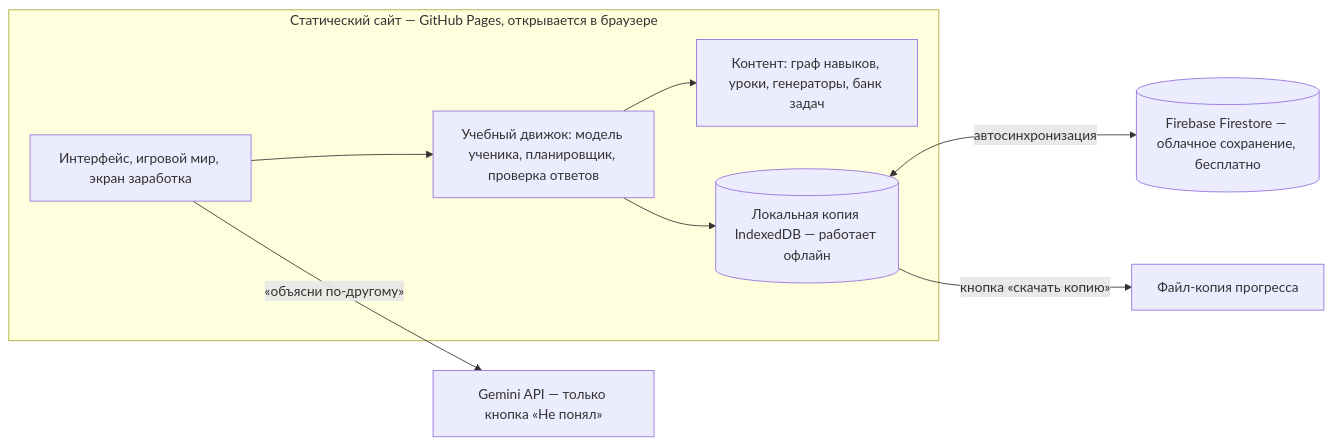
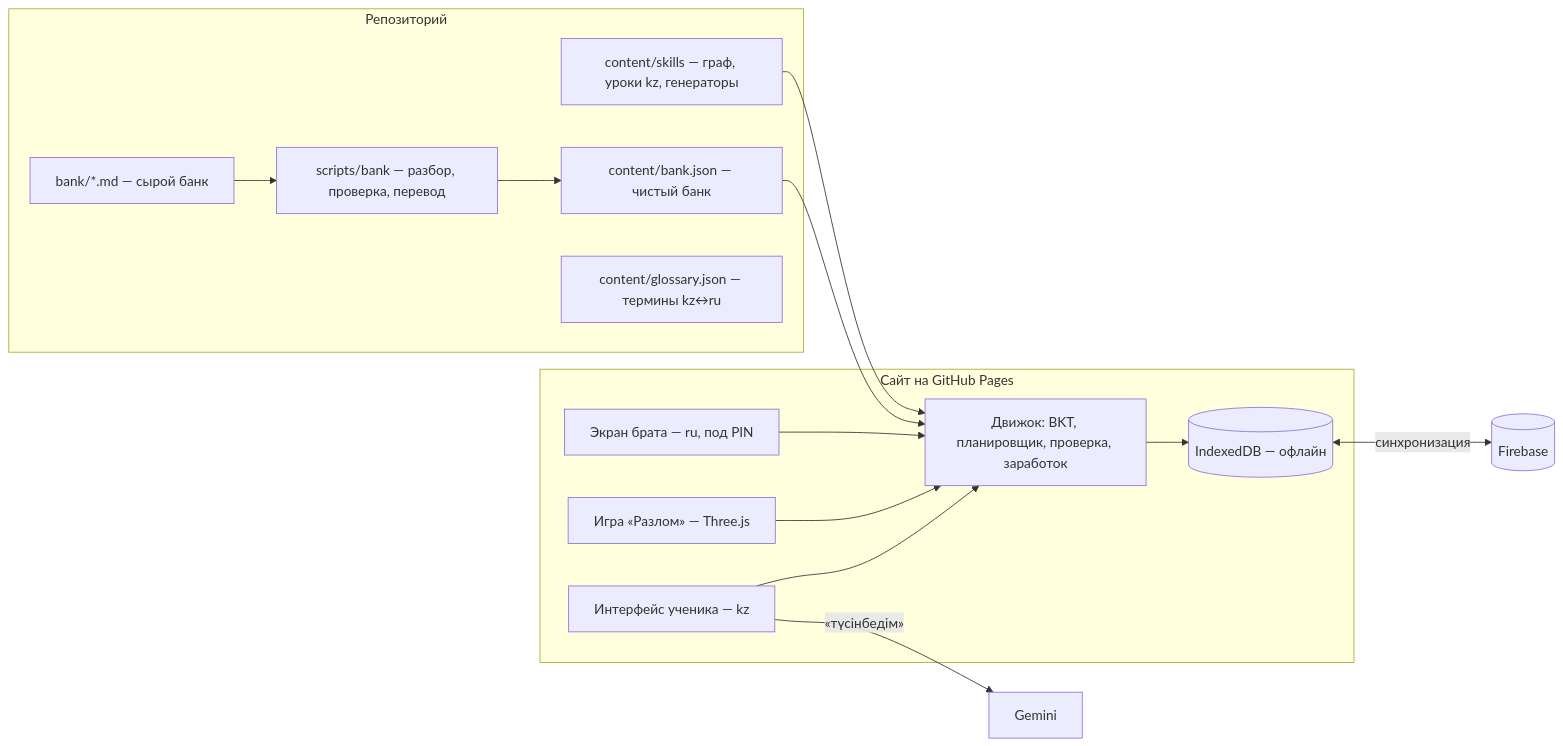
One commit to suulliish/prep changed the diagram in docs/ARCHITECTURE.md. Above: the diagram before and after it, drawn with Mermaid. The commit also changed other lines of this file and 2 other files, not shown here.

First line of the commit message:
Architecture v3 and dated plan: BIL fund track, Kazakh language, task bank pools

````diff
--- a/docs/ARCHITECTURE.md
+++ b/docs/ARCHITECTURE.md
@@ -40,17 +56,25 @@
 ```mermaid
 flowchart LR
-  subgraph Сайт [Статический сайт — GitHub Pages, открывается в браузере]
-    UI[Интерфейс, игровой мир, экран заработка]
-    ENG[Учебный движок: модель ученика, планировщик, проверка ответов]
-    CNT[Контент: граф навыков, уроки, генераторы, банк задач]
-    LS[(Локальная копия IndexedDB — работает офлайн)]
+  subgraph Repo [Репозиторий]
+    BANKMD[bank/*.md — сырой банк]
+    PIPE[scripts/bank — разбор, проверка, перевод]
+    BANKJSON[content/bank.json — чистый банк]
+    SKILLS[content/skills — граф, уроки kz, генераторы]
+    GLOSS[content/glossary.json — термины kz↔ru]
+    BANKMD --> PIPE --> BANKJSON
+  end
+  subgraph Site [Сайт на GitHub Pages]
+    UI[Интерфейс ученика — kz]
+    PAR[Экран брата — ru, под PIN]
+    ENG[Движок: BKT, планировщик, проверка, заработок]
+    GAME[Игра «Разлом» — Three.js]
+    LS[(IndexedDB — офлайн)]
     UI --> ENG --> LS
-    ENG --> CNT
+    GAME --> ENG
+    PAR --> ENG
   end
-  FB[(Firebase Firestore — облачное сохранение, бесплатно)]
-  GEM[Gemini API — только кнопка «Не понял»]
-  FILE[Файл-копия прогресса]
-  LS <-- автосинхронизация --> FB
-  UI -- «объясни по-другому» --> GEM
-  LS -- кнопка «скачать копию» --> FILE
+  BANKJSON --> ENG
+  SKILLS --> ENG
+  LS <-- синхронизация --> FB[(Firebase)]
+  UI -- «түсінбедім» --> GEM[Gemini]
 ```
````
